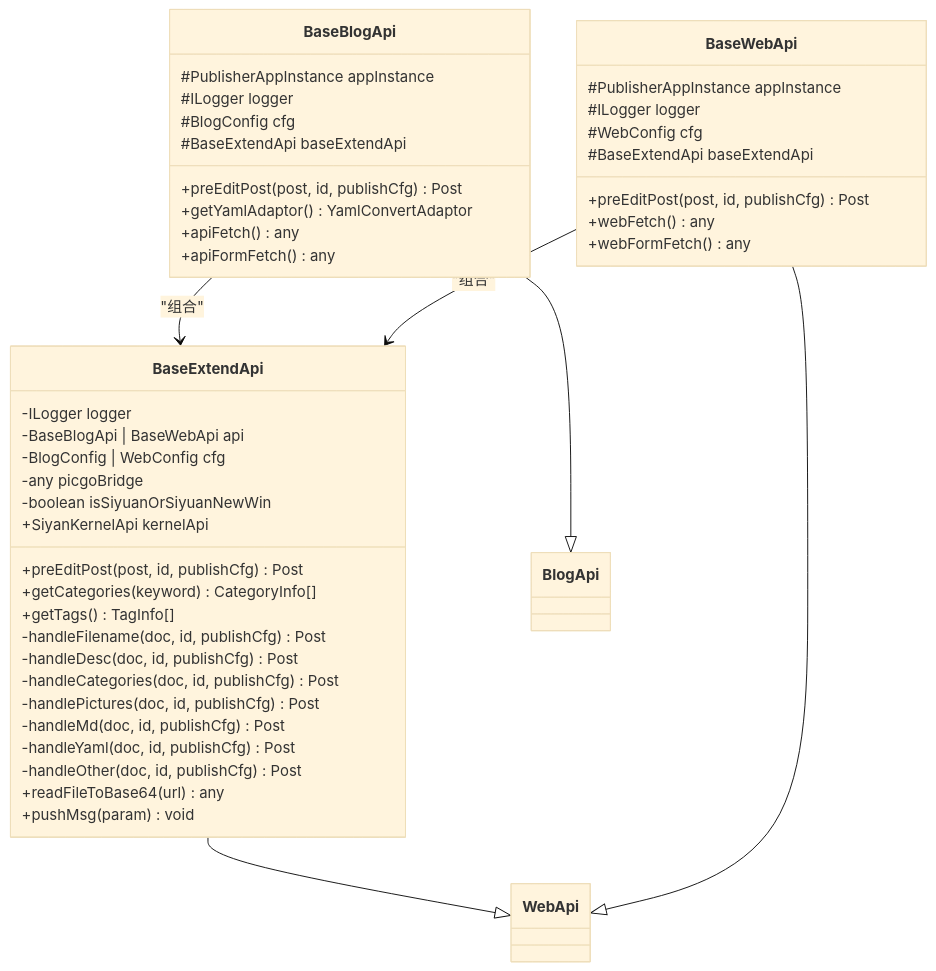
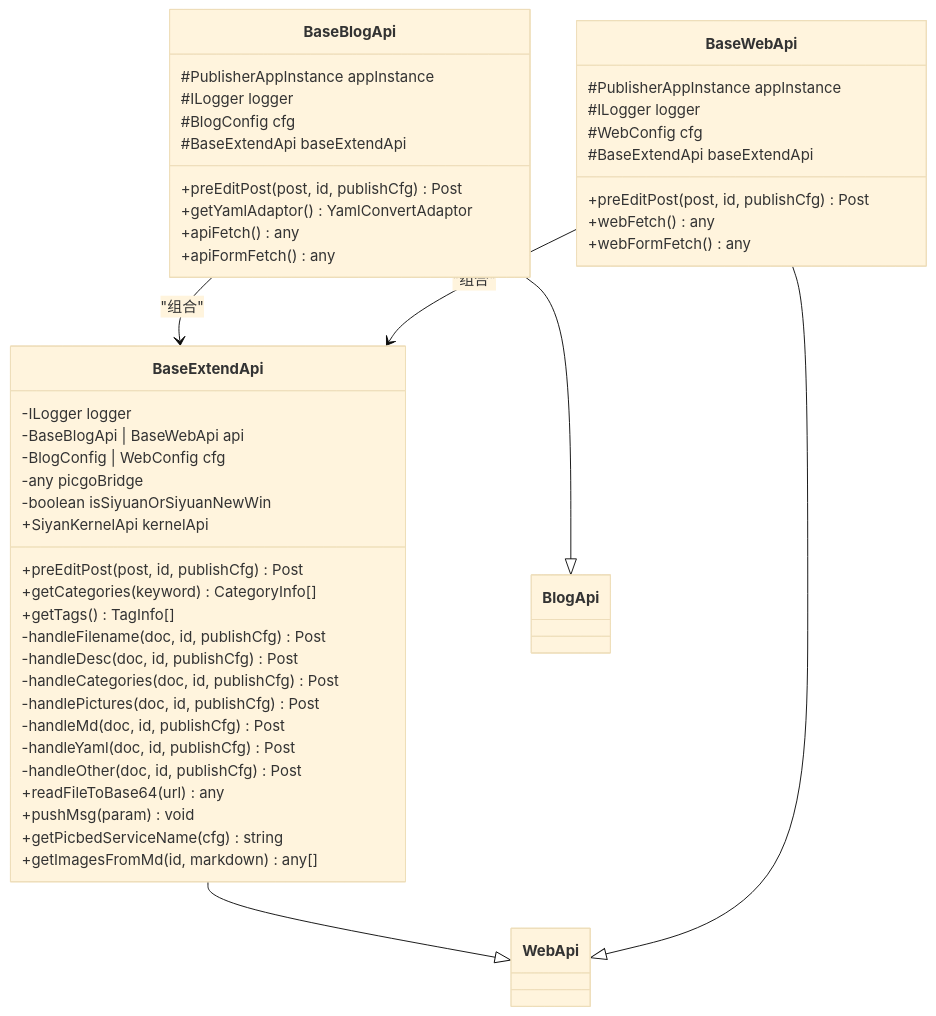
Before and after one commit to terwer/siyuan-plugin-publisher: the second of 8 diagrams in .qoder/repowiki/zh/content/核心架构/适配器模式设计/BaseExtendApi基类设计.md, drawn with Mermaid (base theme). The commit also changed other lines of this file and 5 other files, not shown here.

````diff
--- a/.qoder/repowiki/zh/content/核心架构/适配器模式设计/BaseExtendApi基类设计.md
+++ b/.qoder/repowiki/zh/content/核心架构/适配器模式设计/BaseExtendApi基类设计.md
@@ -90,47 +100,49 @@
 ```mermaid
 classDiagram
 class BaseExtendApi {
 -ILogger logger
 -BaseBlogApi | BaseWebApi api
 -BlogConfig | WebConfig cfg
 -any picgoBridge
 -boolean isSiyuanOrSiyuanNewWin
 +SiyanKernelApi kernelApi
 +preEditPost(post, id, publishCfg) Post
 +getCategories(keyword) CategoryInfo[]
 +getTags() TagInfo[]
 -handleFilename(doc, id, publishCfg) Post
 -handleDesc(doc, id, publishCfg) Post
 -handleCategories(doc, id, publishCfg) Post
 -handlePictures(doc, id, publishCfg) Post
 -handleMd(doc, id, publishCfg) Post
 -handleYaml(doc, id, publishCfg) Post
 -handleOther(doc, id, publishCfg) Post
 +readFileToBase64(url) any
 +pushMsg(param) void
++getPicbedServiceName(cfg) string
++getImagesFromMd(id, markdown) any[]
 }
 class BaseBlogApi {
 #PublisherAppInstance appInstance
 #ILogger logger
 #BlogConfig cfg
 #BaseExtendApi baseExtendApi
 +preEditPost(post, id, publishCfg) Post
 +getYamlAdaptor() YamlConvertAdaptor
 +apiFetch() any
 +apiFormFetch() any
 }
 class BaseWebApi {
 #PublisherAppInstance appInstance
 #ILogger logger
 #WebConfig cfg
 #BaseExtendApi baseExtendApi
 +preEditPost(post, id, publishCfg) Post
 +webFetch() any
 +webFormFetch() any
 }
 BaseExtendApi --|> WebApi
 BaseBlogApi --|> BlogApi
 BaseWebApi --|> WebApi
 BaseBlogApi --> BaseExtendApi : "组合"
 BaseWebApi --> BaseExtendApi : "组合"
 ```
````
